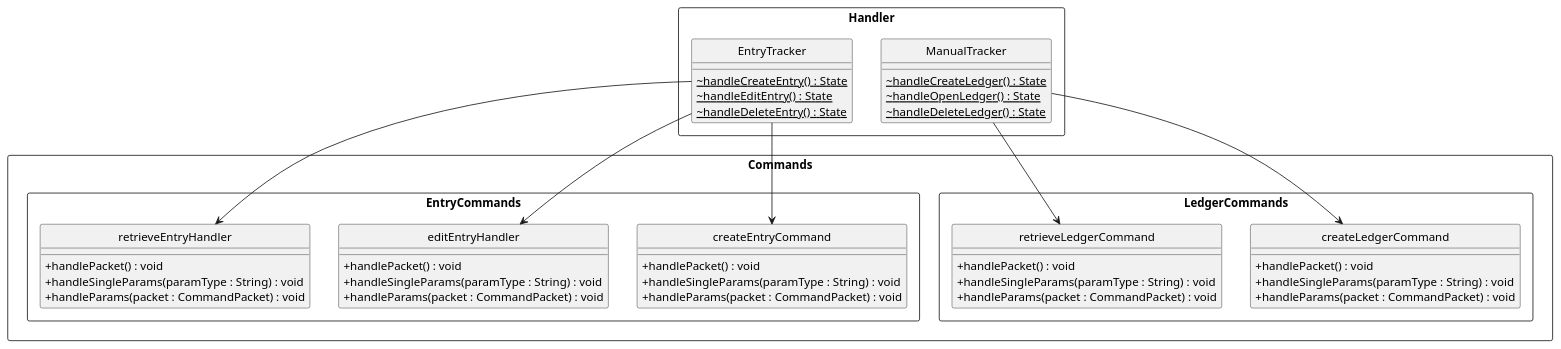
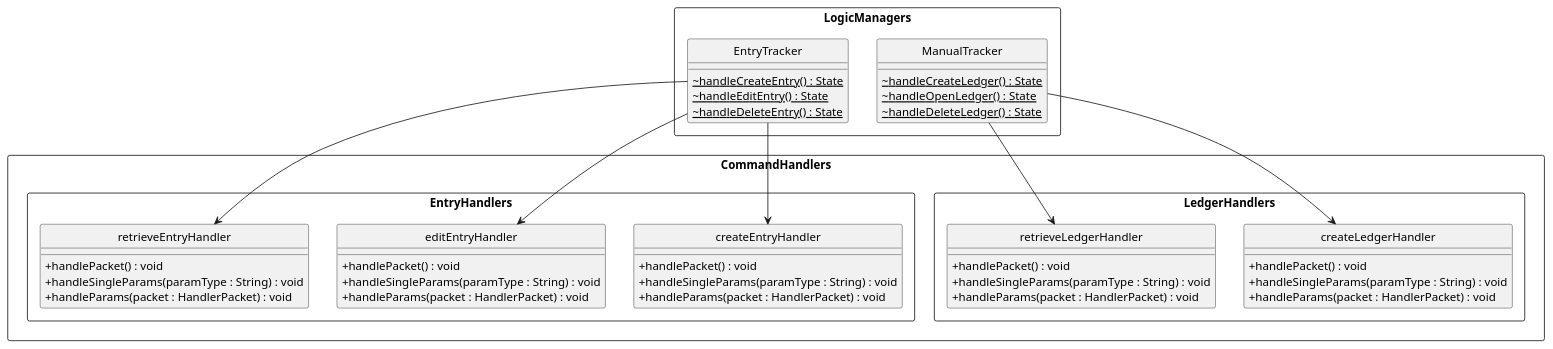
One commit to nus-cs2113-AY2021S1/tp changed the diagram in docs/uml_images/manualTracker/Handler_Commands.puml. Above: the diagram before and after it, drawn with PlantUML. The commit also changed 32 other files, not shown here.

```diff
--- a/docs/uml_images/manualTracker/Handler_Commands.puml
+++ b/docs/uml_images/manualTracker/Handler_Commands.puml
@@ -1,67 +1,67 @@
 @startuml
 hide circle
 skinparam classAttributeIconSize 0
 skinparam BoxPadding 20
 skinparam shadowing false
 
 skinparam package<<Layout>> {
   borderColor Transparent
   backgroundColor Transparent
   fontColor Transparent
   stereotypeFontColor Transparent
 }
 
-rectangle Handler {
+rectangle "LogicManagers" {
     class ManualTracker {
         ~ {static} handleCreateLedger() : State
         ~ {static} handleOpenLedger() : State
         ~ {static} handleDeleteLedger() : State
     }
 
     class EntryTracker {
         ~ {static} handleCreateEntry() : State
         ~ {static} handleEditEntry() : State
         ~ {static} handleDeleteEntry() : State
     }
 }
 
-rectangle Commands {
-    rectangle LedgerCommands {
-        class createLedgerCommand {
+rectangle "CommandHandlers" {
+    rectangle LedgerHandlers {
+        class createLedgerHandler {
             + handlePacket() : void
             + handleSingleParams(paramType : String) : void
-            + handleParams(packet : CommandPacket) : void
+            + handleParams(packet : HandlerPacket) : void
         }
-        class retrieveLedgerCommand {
+        class retrieveLedgerHandler {
             + handlePacket() : void
             + handleSingleParams(paramType : String) : void
-            + handleParams(packet : CommandPacket) : void
+            + handleParams(packet : HandlerPacket) : void
         }
-        ManualTracker --> createLedgerCommand
-        ManualTracker --> retrieveLedgerCommand
+        ManualTracker --> createLedgerHandler
+        ManualTracker --> retrieveLedgerHandler
     }
 
-    rectangle EntryCommands {
-        class createEntryCommand {
+    rectangle EntryHandlers {
+        class createEntryHandler {
             + handlePacket() : void
             + handleSingleParams(paramType : String) : void
-            + handleParams(packet : CommandPacket) : void
+            + handleParams(packet : HandlerPacket) : void
         }
         class editEntryHandler {
             + handlePacket() : void
             + handleSingleParams(paramType : String) : void
-            + handleParams(packet : CommandPacket) : void
+            + handleParams(packet : HandlerPacket) : void
         }
         class retrieveEntryHandler {
             + handlePacket() : void
             + handleSingleParams(paramType : String) : void
-            + handleParams(packet : CommandPacket) : void
+            + handleParams(packet : HandlerPacket) : void
         }
-        EntryTracker --> createEntryCommand
+        EntryTracker --> createEntryHandler
         EntryTracker --> retrieveEntryHandler
         EntryTracker --> editEntryHandler
 
     }
 }
 
 @enduml
```
